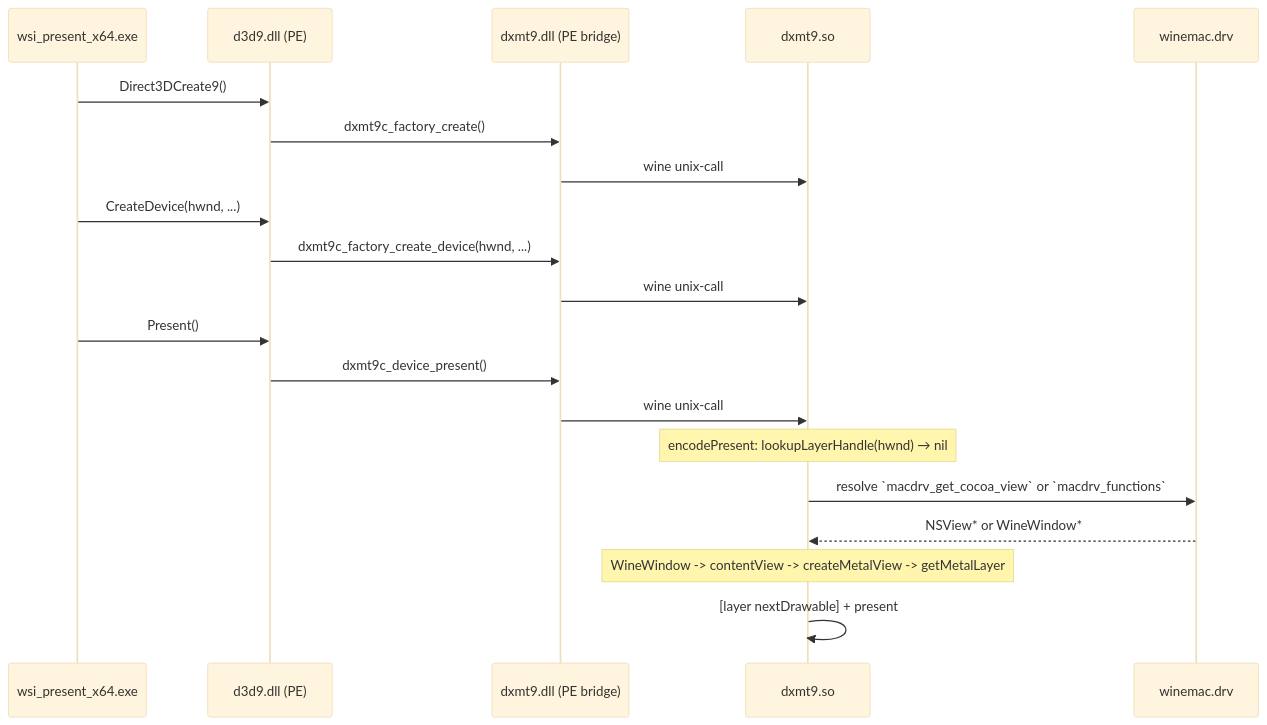
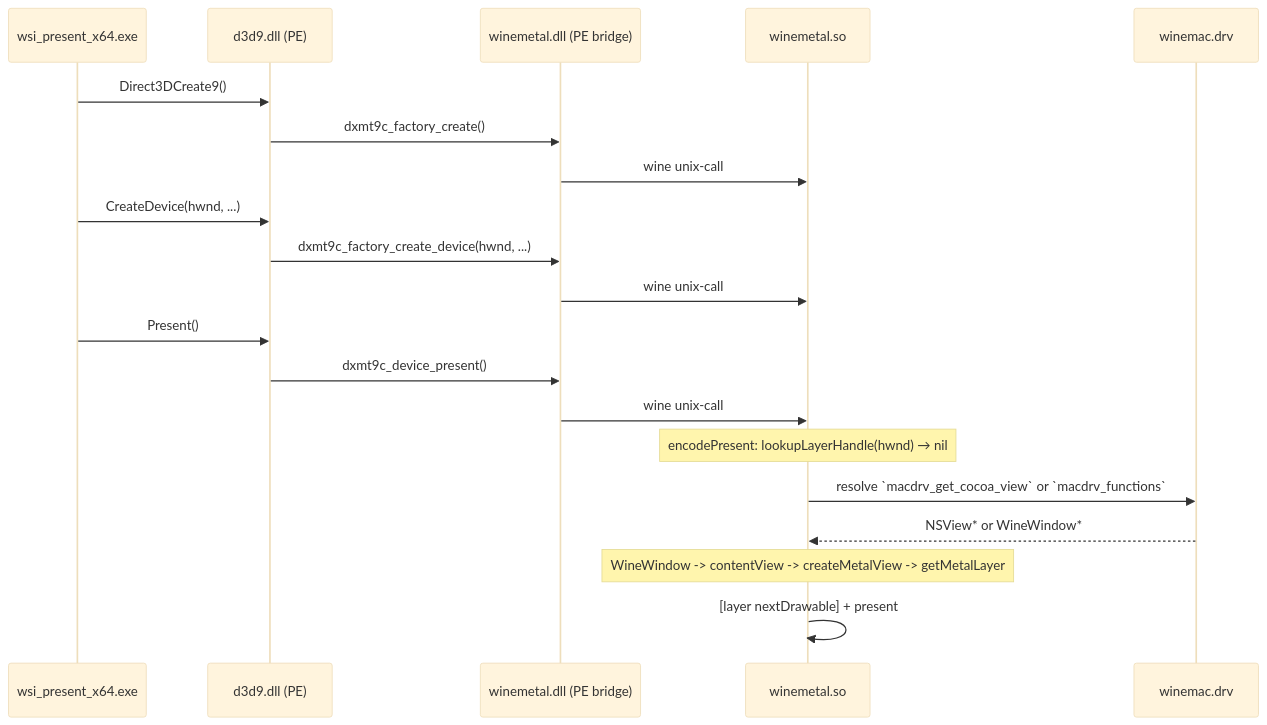
Before and after one commit to dfdgsdfg/dxmt9: the third of 3 diagrams in specs/tests/design.md, drawn with Mermaid (base theme). The commit also changed other lines of this file and 6 other files, not shown here.

````diff
--- a/specs/tests/design.md
+++ b/specs/tests/design.md
@@ -218,23 +218,23 @@
 ```mermaid
 sequenceDiagram
     participant App as wsi_present_x64.exe
     participant D3D as d3d9.dll (PE)
-    participant Bridge as dxmt9.dll (PE bridge)
-    participant Unix as dxmt9.so
+    participant Bridge as winemetal.dll (PE bridge)
+    participant Unix as winemetal.so
     participant Wine as winemac.drv
 
     App->>D3D: Direct3DCreate9()
     D3D->>Bridge: dxmt9c_factory_create()
     Bridge->>Unix: wine unix-call
     App->>D3D: CreateDevice(hwnd, ...)
     D3D->>Bridge: dxmt9c_factory_create_device(hwnd, ...)
     Bridge->>Unix: wine unix-call
     App->>D3D: Present()
     D3D->>Bridge: dxmt9c_device_present()
     Bridge->>Unix: wine unix-call
     Note over Unix: encodePresent: lookupLayerHandle(hwnd) → nil
     Unix->>Wine: resolve `macdrv_get_cocoa_view` or `macdrv_functions`
     Wine-->>Unix: NSView* or WineWindow*
     Note over Unix: WineWindow -> contentView -> createMetalView -> getMetalLayer
     Unix->>Unix: [layer nextDrawable] + present
 ```
````
